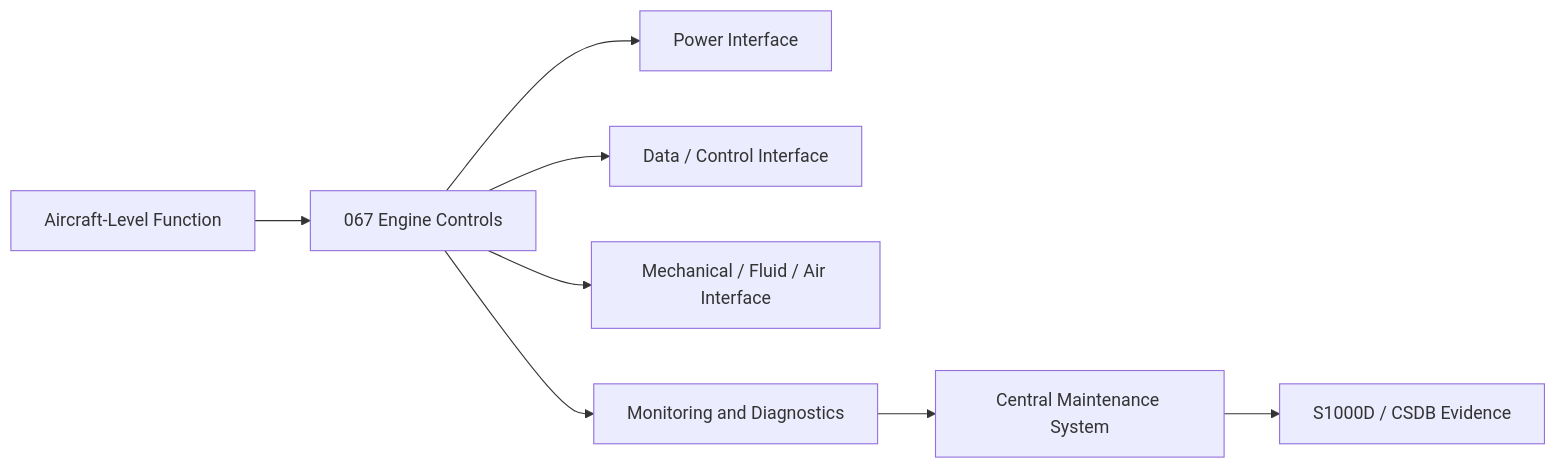
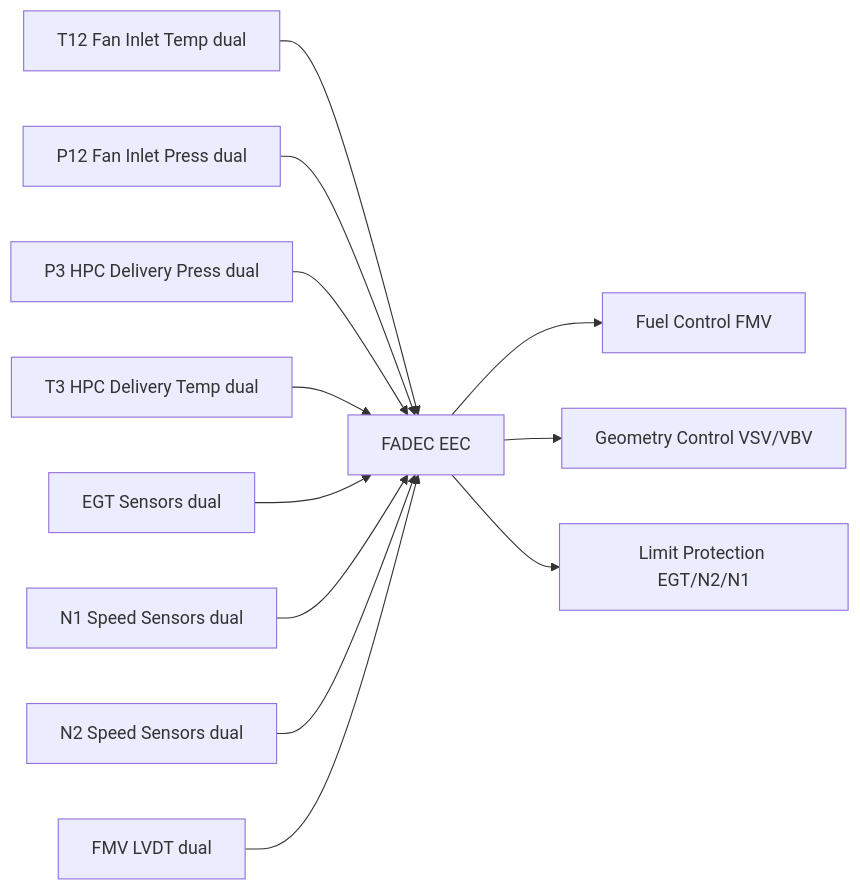
Before and after one commit to AmedeoPelliccia/Qplus-For-All-Queer-People-and-Quantum: the first of 2 diagrams in Q+ATLANTIDE/000-099_ATLAS/060-069_Propulsion-Tradicional/067_Engine-Controls/067-040-Engine-Control-Sensors-and-Feedback.md, drawn with Mermaid. The commit also changed other lines of this file and 9 other files, not shown here.

First line of the commit message:
docs: rewrite 067_Engine-Controls — 10 files contextualized for AMPEL360E eWTW

````diff
--- a/Q+ATLANTIDE/000-099_ATLAS/060-069_Propulsion-Tradicional/067_Engine-Controls/067-040-Engine-Control-Sensors-and-Feedback.md
+++ b/Q+ATLANTIDE/000-099_ATLAS/060-069_Propulsion-Tradicional/067_Engine-Controls/067-040-Engine-Control-Sensors-and-Feedback.md
@@ -153,10 +91,14 @@
 ```mermaid
 flowchart LR
-    A[Aircraft-Level Function] --> B[067 Engine Controls]
-    B --> C[Power Interface]
-    B --> D[Data / Control Interface]
-    B --> E[Mechanical / Fluid / Air Interface]
-    B --> F[Monitoring and Diagnostics]
-    F --> G[Central Maintenance System]
-    G --> H[S1000D / CSDB Evidence]
+    T12[T12 Fan Inlet Temp dual] --> FADEC[FADEC EEC]
+    P12[P12 Fan Inlet Press dual] --> FADEC
+    P3[P3 HPC Delivery Press dual] --> FADEC
+    T3[T3 HPC Delivery Temp dual] --> FADEC
+    EGT_S[EGT Sensors dual] --> FADEC
+    N1_S[N1 Speed Sensors dual] --> FADEC
+    N2_S[N2 Speed Sensors dual] --> FADEC
+    FMV_LVDT[FMV LVDT dual] --> FADEC
+    FADEC --> FUEL_CTRL[Fuel Control FMV]
+    FADEC --> GEOM_CTRL[Geometry Control VSV/VBV]
+    FADEC --> LIMIT[Limit Protection EGT/N2/N1]
 ```
````
